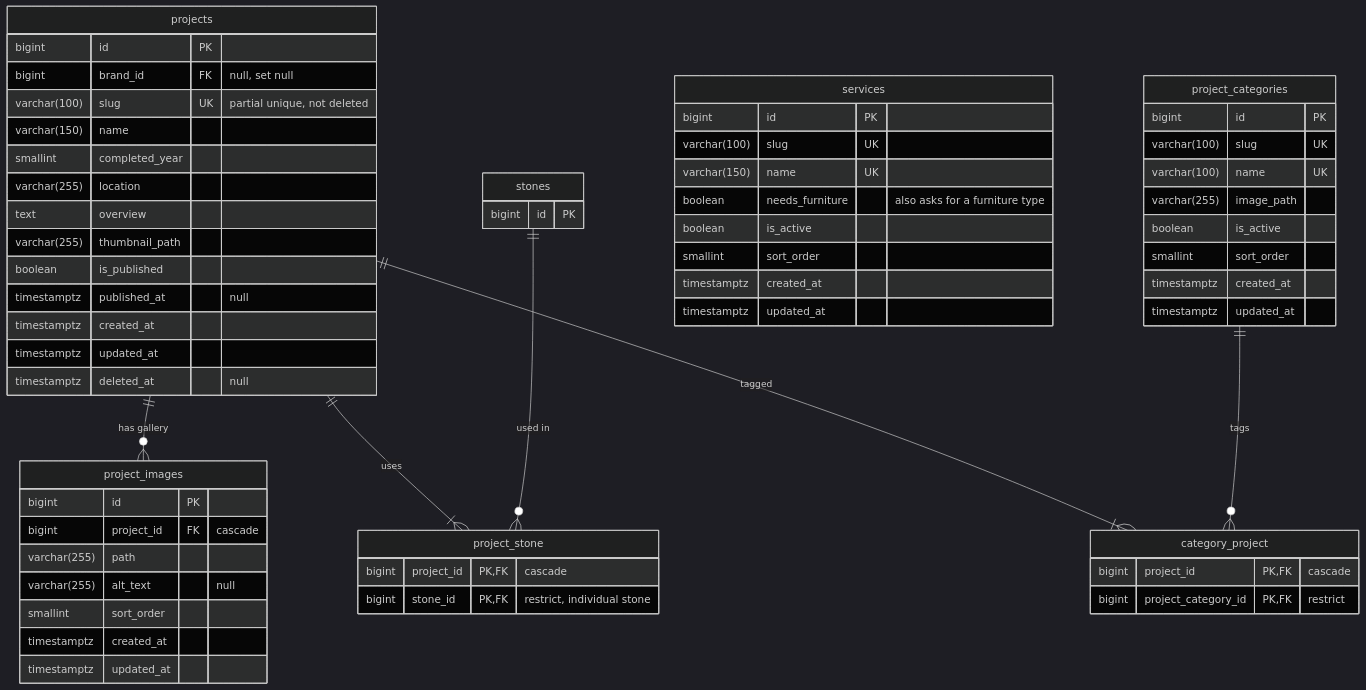
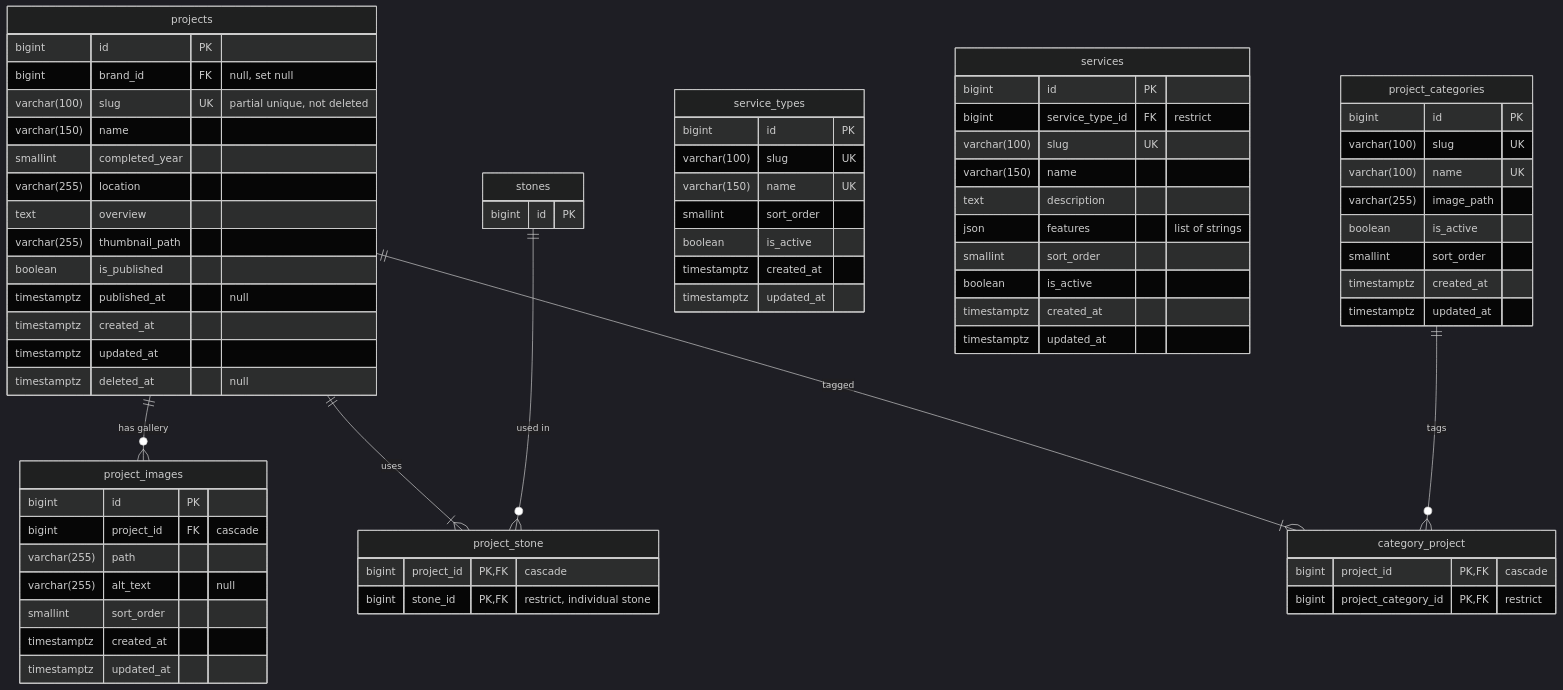
One commit to regraystone/regray changed the third of 5 diagrams in docs/database/regray-erd.md. Above: the diagram before and after it, drawn with Mermaid (dark theme). The commit also changed other lines of this file and 132 other files, not shown here.

````diff
--- a/docs/database/regray-erd.md
+++ b/docs/database/regray-erd.md
@@ -316,64 +316,75 @@
 ```mermaid
 erDiagram
     projects {
         bigint id PK
         bigint brand_id FK "null, set null"
         varchar(100) slug UK "partial unique, not deleted"
         varchar(150) name
         smallint completed_year
         varchar(255) location
         text overview
         varchar(255) thumbnail_path
         boolean is_published
         timestamptz published_at "null"
         timestamptz created_at
         timestamptz updated_at
         timestamptz deleted_at "null"
     }
     project_images {
         bigint id PK
         bigint project_id FK "cascade"
         varchar(255) path
         varchar(255) alt_text "null"
         smallint sort_order
         timestamptz created_at
         timestamptz updated_at
     }
     project_stone {
         bigint project_id PK, FK "cascade"
         bigint stone_id PK, FK "restrict, individual stone"
     }
     project_categories {
         bigint id PK
         varchar(100) slug UK
         varchar(100) name UK
         varchar(255) image_path
         boolean is_active
         smallint sort_order
         timestamptz created_at
         timestamptz updated_at
     }
     category_project {
         bigint project_id PK, FK "cascade"
         bigint project_category_id PK, FK "restrict"
     }
-    services {
+    service_types {
         bigint id PK
         varchar(100) slug UK
         varchar(150) name UK
-        boolean needs_furniture "also asks for a furniture type"
+        smallint sort_order
         boolean is_active
+        timestamptz created_at
+        timestamptz updated_at
+    }
+    services {
+        bigint id PK
+        bigint service_type_id FK "restrict"
+        varchar(100) slug UK
+        varchar(150) name
+        text description
+        json features "list of strings"
         smallint sort_order
+        boolean is_active
         timestamptz created_at
         timestamptz updated_at
     }
     stones {
         bigint id PK
     }
 
     projects ||--o{ project_images : "has gallery"
     projects ||--|{ project_stone : "uses"
     stones ||--o{ project_stone : "used in"
     projects ||--|{ category_project : "tagged"
     project_categories ||--o{ category_project : "tags"
 ```
````
